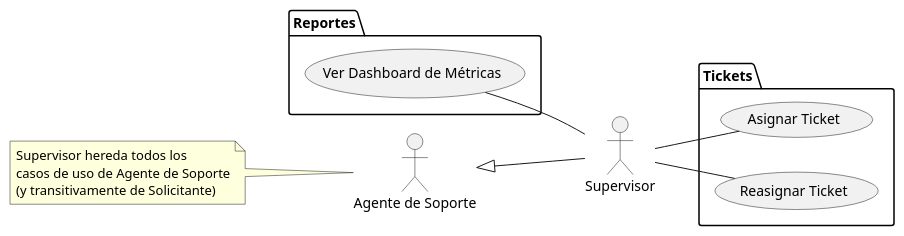
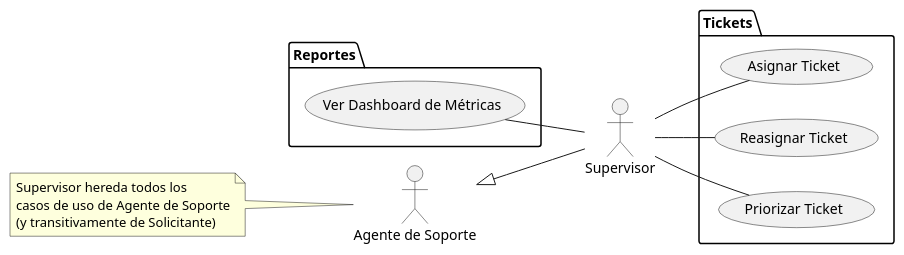
One commit to Dievex/01-HelpDesk changed the diagram in puml/01-fase-inicio/casos-de-uso/actor-supervisor.puml. Above: the diagram before and after it, drawn with PlantUML. The commit also changed 2 other files, not shown here.

Commit message:
Add caso de uso UC-41 Priorizar Ticket al catalogo y al diagrama de Supervisor
Se agrega fuera de secuencia (tras UC-40) para no renumerar los 20
casos de uso de Administrador ya cerrados. Incluye la decision de por
que el Solicitante no elige la Prioridad de su propio ticket.

```diff
--- a/puml/01-fase-inicio/casos-de-uso/actor-supervisor.puml
+++ b/puml/01-fase-inicio/casos-de-uso/actor-supervisor.puml
@@ -1,30 +1,32 @@
 @startuml actor-supervisor
 left to right direction
 
 ' El orden del texto en la asociación controla el lado: "paquete -- Actor"
 ' lo deja a la izquierda; "Actor -- paquete" a la derecha.
 
 actor "Agente de Soporte" as Agente
 actor Supervisor
 Agente <|-- Supervisor
 
 note left of Agente
   Supervisor hereda todos los
   casos de uso de Agente de Soporte
   (y transitivamente de Solicitante)
 end note
 
 package Reportes {
   usecase "Ver Dashboard de Métricas" as UC20
 }
 
 package Tickets {
   usecase "Asignar Ticket" as UC18
   usecase "Reasignar Ticket" as UC19
+  usecase "Priorizar Ticket" as UC41
 }
 
 UC20 -- Supervisor
 
 Supervisor -- UC18
 Supervisor -- UC19
+Supervisor -- UC41
 @enduml
```
